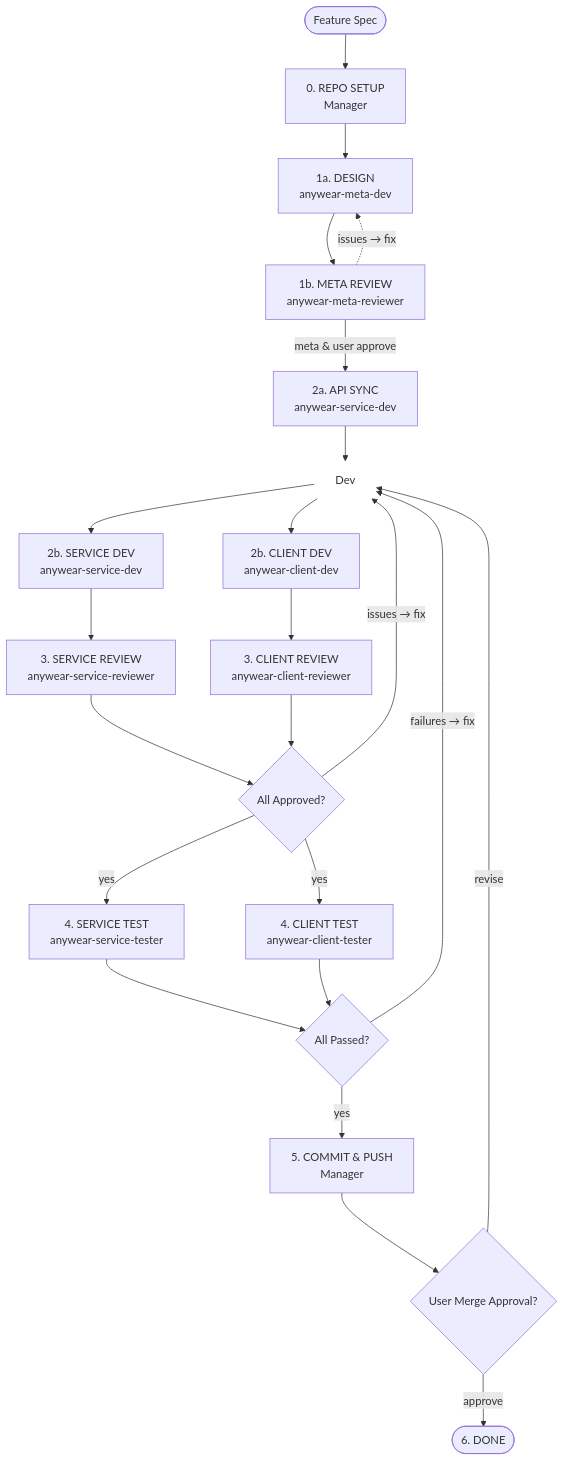
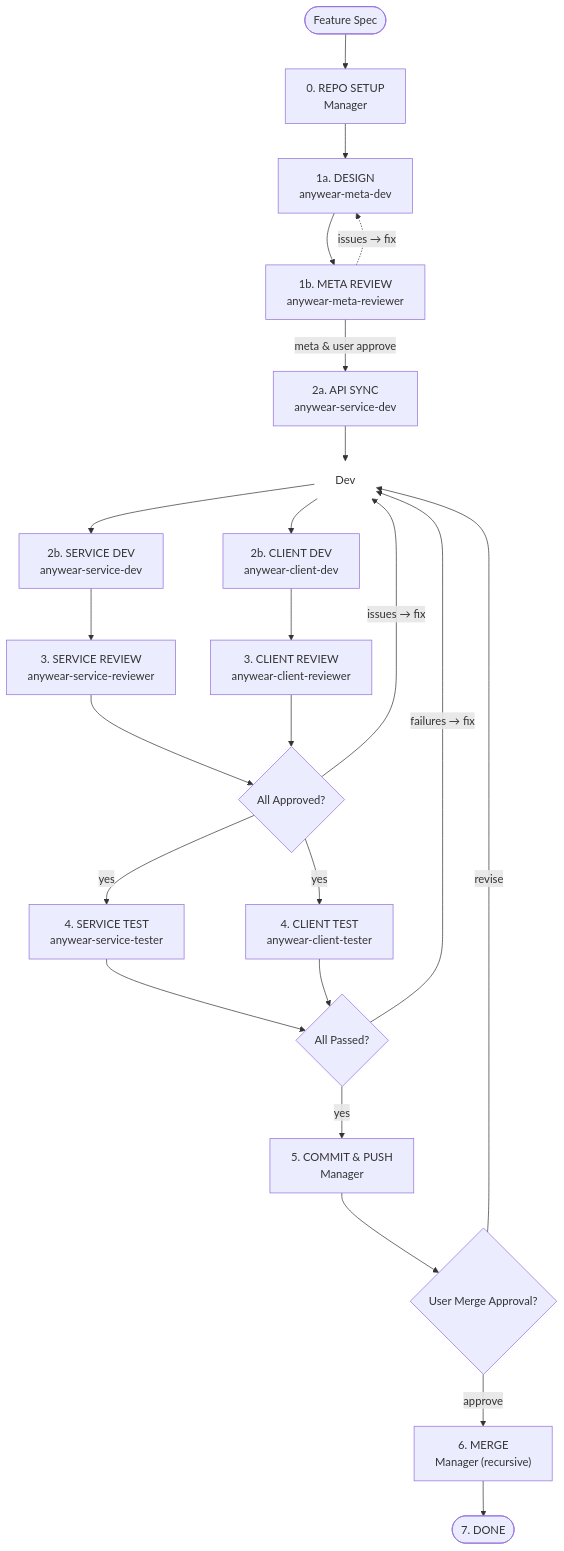
One commit to git-malu/AnyWear-E2E changed the diagram in .opencode/agents/anywear-manager.md. Above: the diagram before and after it, drawn with Mermaid. The commit also changed other lines of this file, not shown here.

First line of the commit message:
docs: update manager pipeline — agent handles recursive merge

````diff
--- a/.opencode/agents/anywear-manager.md
+++ b/.opencode/agents/anywear-manager.md
@@ -32,39 +32,40 @@
 ```mermaid
 flowchart TD
     START(["Feature Spec"])
 
     START --> SETUP["0. REPO SETUP<br/>Manager"]
 
     SETUP --> DESIGN["1a. DESIGN<br/>anywear-meta-dev"]
     DESIGN --> META_REVIEW["1b. META REVIEW<br/>anywear-meta-reviewer"]
     META_REVIEW -.->|issues → fix| DESIGN
     META_REVIEW -->|"meta & user approve"| API
 
     API["2a. API SYNC<br/>anywear-service-dev"]
 
     API --> DEV_FORK["Dev"]
     DEV_FORK --> S_DEV["2b. SERVICE DEV<br/>anywear-service-dev"]
     DEV_FORK --> C_DEV["2b. CLIENT DEV<br/>anywear-client-dev"]
 
     S_DEV --> S_REVIEW["3. SERVICE REVIEW<br/>anywear-service-reviewer"]
     C_DEV --> C_REVIEW["3. CLIENT REVIEW<br/>anywear-client-reviewer"]
 
     S_REVIEW --> REVIEW_OK{"All Approved?"}
     C_REVIEW --> REVIEW_OK
 
     REVIEW_OK -->|issues → fix| DEV_FORK
     REVIEW_OK -->|yes| S_TEST["4. SERVICE TEST<br/>anywear-service-tester"]
     REVIEW_OK -->|yes| C_TEST["4. CLIENT TEST<br/>anywear-client-tester"]
 
     S_TEST --> TEST_OK{"All Passed?"}
     C_TEST --> TEST_OK
 
     TEST_OK -->|failures → fix| DEV_FORK
     TEST_OK -->|yes| COMMIT["5. COMMIT & PUSH<br/>Manager"]
 
-    COMMIT --> MERGE{"User Merge Approval?"}
-    MERGE -->|revise| DEV_FORK
-    MERGE -->|approve| DONE(["6. DONE"])
+    COMMIT --> MERGE_APPROVAL{"User Merge Approval?"}
+    MERGE_APPROVAL -->|revise| DEV_FORK
+    MERGE_APPROVAL -->|approve| MERGE_RECURSIVE["6. MERGE<br/>Manager (recursive)"]
+    MERGE_RECURSIVE --> DONE(["7. DONE"])
 
     style DEV_FORK fill:none,stroke:none
 ```
````
